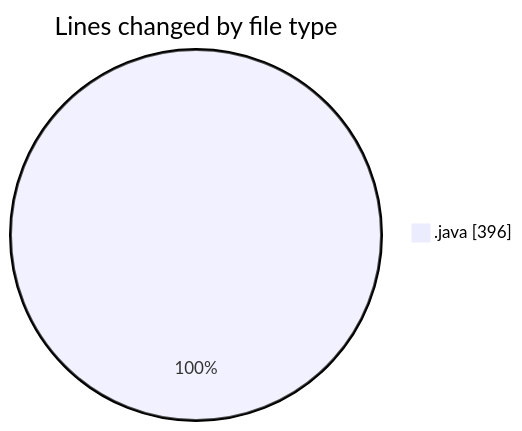
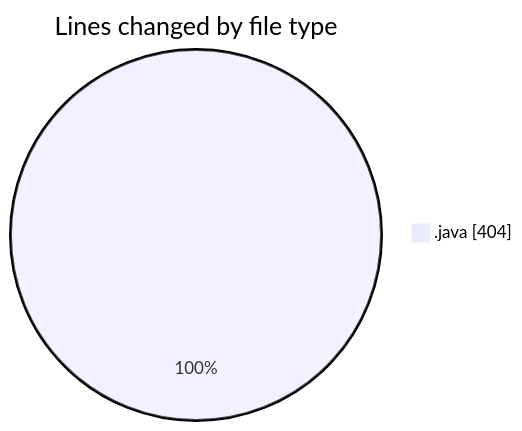
Before and after one commit to ricardozamudiocil/code-tracking: the first of 2 diagrams in 2026-03-01/cilreports__workspace_/README.md, drawn with Mermaid. The commit also changed other lines of this file and 1 other file, not shown here.

````diff
--- a/2026-03-01/cilreports__workspace_/README.md
+++ b/2026-03-01/cilreports__workspace_/README.md
@@ -22,5 +22,5 @@
 ```mermaid
 pie showData
 title Lines changed by file type
-".java" : 396
+".java" : 404
 ```
````
